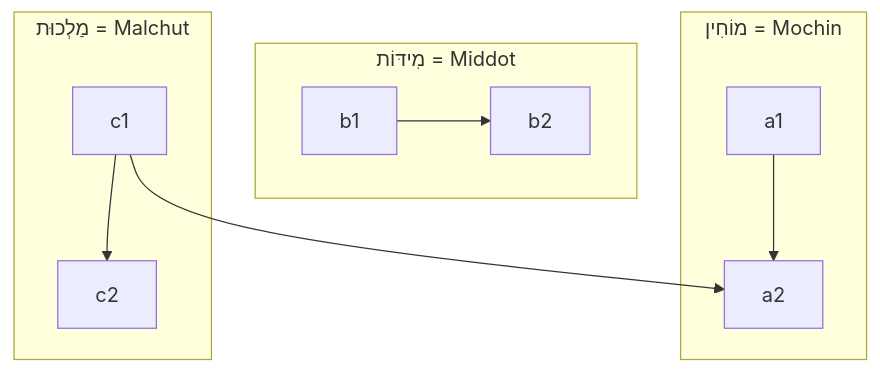
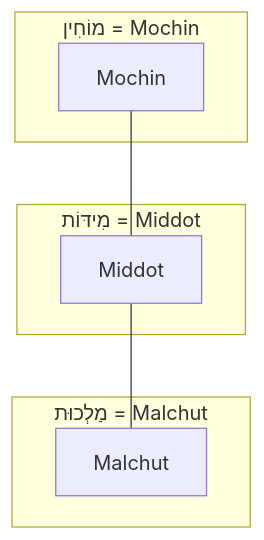
One commit to josefsbreakfast/Polaris-Protocol changed the second of 2 diagrams in Polaris_Nest/Git_Intake_Drawer/🍷_Always_Spiritually_In_Jerusalem/🌳_three_overaching_clusters.md. Above: the diagram before and after it, drawn with Mermaid.

````diff
--- a/Polaris_Nest/Git_Intake_Drawer/🍷_Always_Spiritually_In_Jerusalem/🌳_three_overaching_clusters.md
+++ b/Polaris_Nest/Git_Intake_Drawer/🍷_Always_Spiritually_In_Jerusalem/🌳_three_overaching_clusters.md
@@ -26,13 +26,19 @@
 ```mermaid
-graph TB
-    c1 --> a2
+  graph TB
+
     subgraph one[מוֹחִין = Mochin]
-    a1 --> a2
+        A[Mochin]
     end
-    subgraph two[מִידּוֹת  = Middot]
-    b1 --> b2
+
+    subgraph two[מִידּוֹת = Middot]
+        B[Middot]
     end
+
     subgraph three[מַלְכוּת = Malchut]
-    c1 --> c2
+        C[Malchut]
     end
+
+    A --- B
+    B --- C
+
   ```
````
